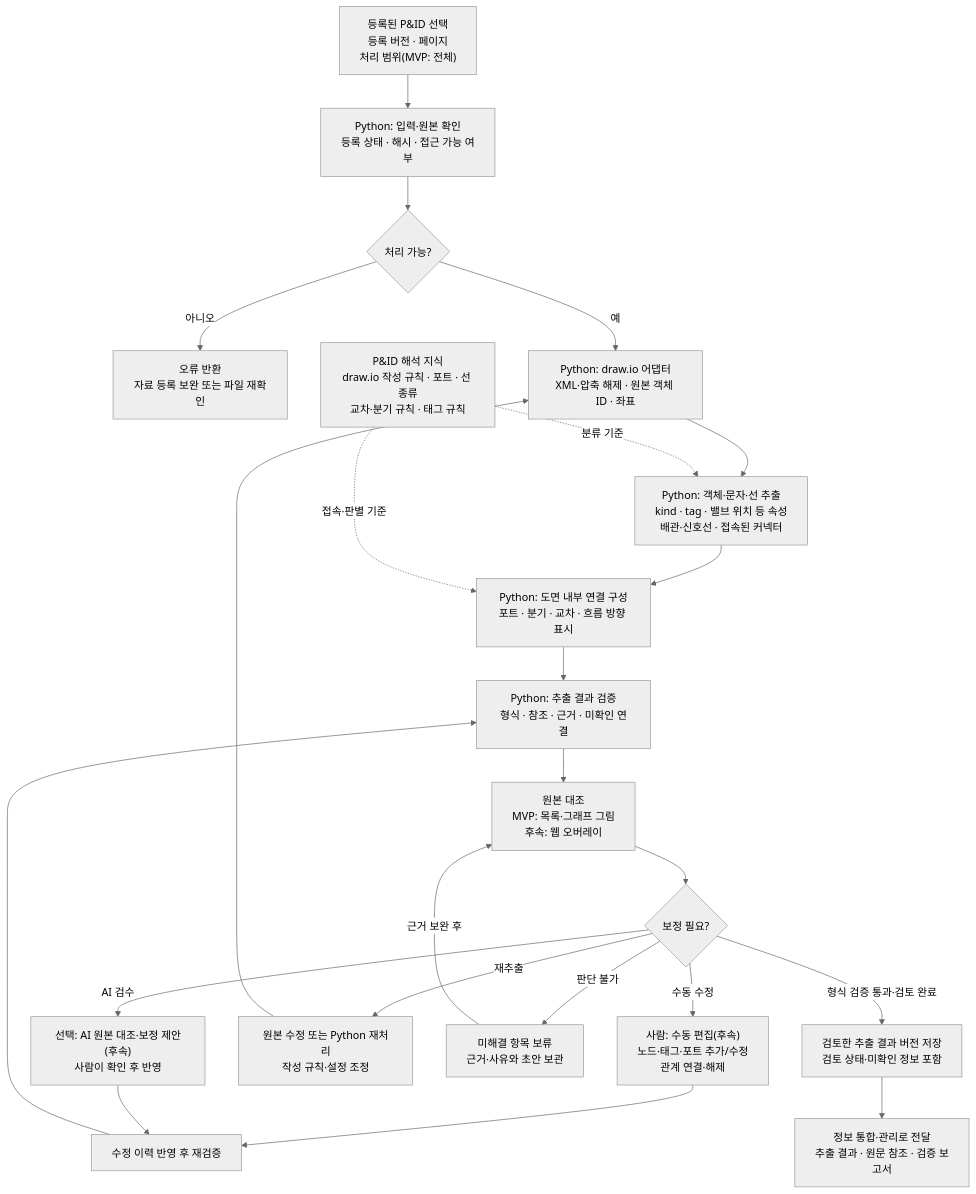
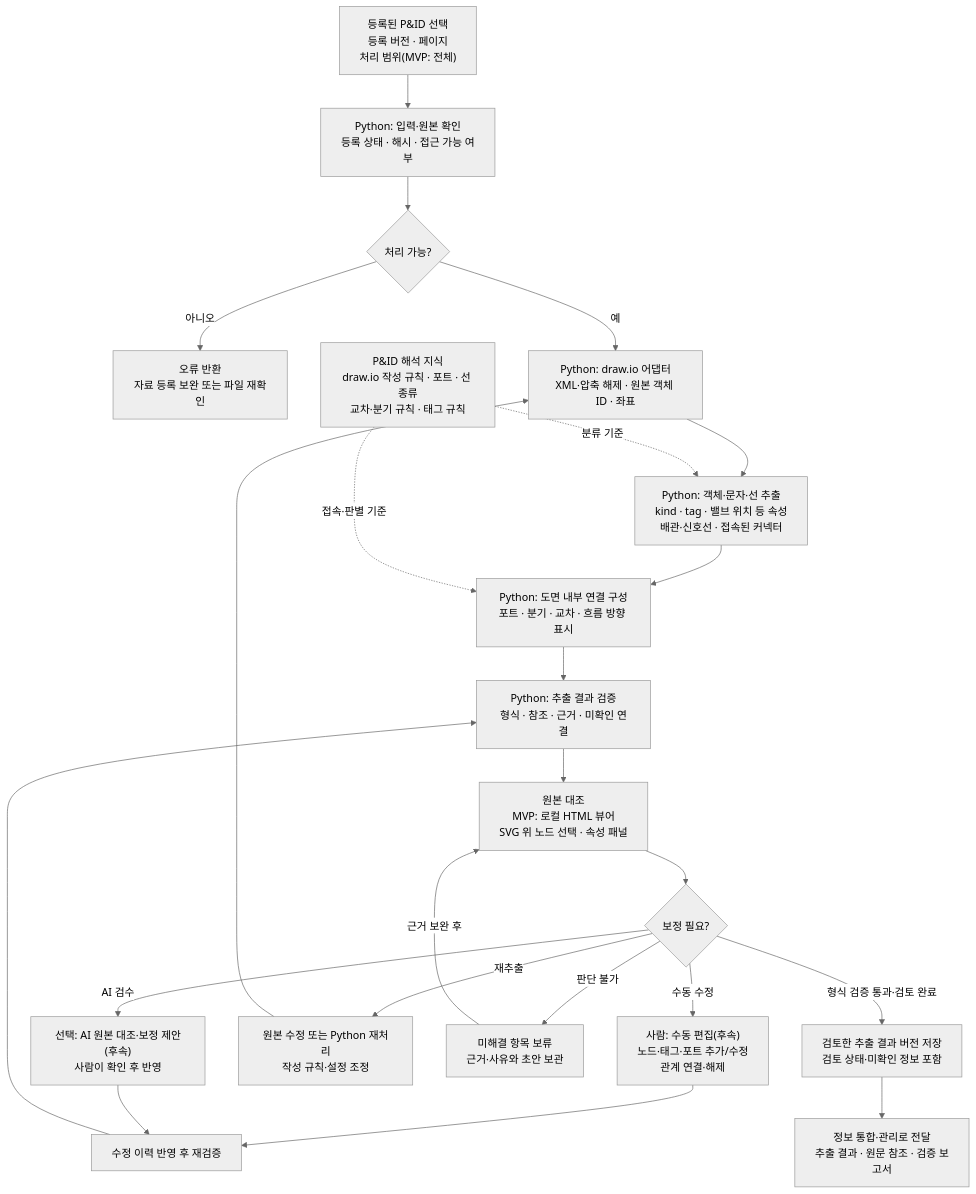
The diagram in flow chart/02-extraction.md (ReoDe/HAZOP), drawn with Mermaid (neutral theme) before and after one commit. The commit also changed 4 other files, not shown here.

Commit message:
Plan first P&ID slice: element split, overlay viewer, graph node units

````diff
--- a/flow chart/02-extraction.md
+++ b/flow chart/02-extraction.md
@@ -14,33 +14,33 @@
 ```mermaid
 flowchart TB
     A["등록된 P&ID 선택<br/>등록 버전 · 페이지<br/>처리 범위(MVP: 전체)"]
     B["Python: 입력·원본 확인<br/>등록 상태 · 해시 · 접근 가능 여부"]
     C{"처리 가능?"}
     X["오류 반환<br/>자료 등록 보완 또는 파일 재확인"]
     D["Python: draw.io 어댑터<br/>XML·압축 해제 · 원본 객체 ID · 좌표"]
     E["Python: 객체·문자·선 추출<br/>kind · tag · 밸브 위치 등 속성<br/>배관·신호선 · 접속된 커넥터"]
     F["Python: 도면 내부 연결 구성<br/>포트 · 분기 · 교차 · 흐름 방향 표시"]
     G["Python: 추출 결과 검증<br/>형식 · 참조 · 근거 · 미확인 연결"]
-    H["원본 대조<br/>MVP: 목록·그래프 그림<br/>후속: 웹 오버레이"]
+    H["원본 대조<br/>MVP: 로컬 HTML 뷰어<br/>SVG 위 노드 선택 · 속성 패널"]
     I{"보정 필요?"}
     J["사람: 수동 편집(후속)<br/>노드·태그·포트 추가/수정<br/>관계 연결·해제"]
     K["선택: AI 원본 대조·보정 제안(후속)<br/>사람이 확인 후 반영"]
     L["원본 수정 또는 Python 재처리<br/>작성 규칙·설정 조정"]
     M["수정 이력 반영 후 재검증"]
     N["미해결 항목 보류<br/>근거·사유와 초안 보관"]
     O["검토한 추출 결과 버전 저장<br/>검토 상태·미확인 정보 포함"]
     P["정보 통합·관리로 전달<br/>추출 결과 · 원문 참조 · 검증 보고서"]
     R["P&ID 해석 지식<br/>draw.io 작성 규칙 · 포트 · 선 종류<br/>교차·분기 규칙 · 태그 규칙"]
 
     A --> B --> C
     C -- "아니오" --> X
     C -- "예" --> D --> E --> F --> G --> H --> I
     R -. "분류 기준" .-> E
     R -. "접속·판별 기준" .-> F
     I -- "수동 수정" --> J --> M --> G
     I -- "AI 검수" --> K --> M
     I -- "재추출" --> L --> D
     I -- "판단 불가" --> N
     N -- "근거 보완 후" --> H
     I -- "형식 검증 통과·검토 완료" --> O --> P
 ```
````
